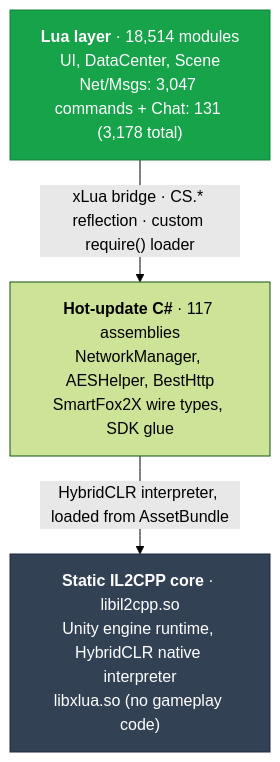
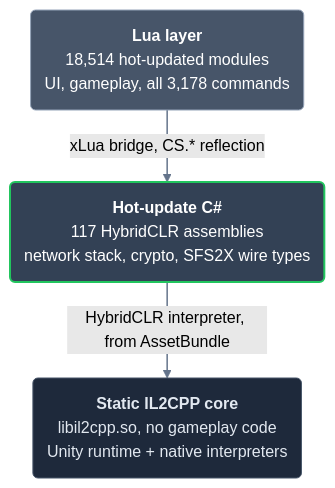
Before and after one commit to ljagiello/lastwar-client: the diagram in docs/index.mdx, drawn with Mermaid (forest theme).

Commit message:
docs: redesign the layer diagram so it reads cleanly
The first Mermaid version rendered badly in Mintlify's dark theme: text wrapped
mid-phrase, the loud green Lua box clashed, and the middle C# box was unstyled.
Rework it into a cohesive slate palette (lighter at the top, darker toward the
native base), rounded cards, a green accent on the C# layer a Go client actually
reimplements (crypto + wire), concise non-wrapping labels, and a wider
wrappingWidth so nothing breaks awkwardly.

Claude-Session: https://claude.ai/code/session_01FsoE5nQ8qwCgyz7jKvoEAH

````diff
--- a/docs/index.mdx
+++ b/docs/index.mdx
@@ -49,14 +49,18 @@
 ```mermaid
+%%{init: {'flowchart': {'wrappingWidth': 440, 'nodeSpacing': 55, 'rankSpacing': 48, 'padding': 14}}}%%
 flowchart TB
-    lua["<b>Lua layer</b> · 18,514 modules<br/>UI, DataCenter, Scene<br/>Net/Msgs: 3,047 commands + Chat: 131 (3,178 total)"]
-    cs["<b>Hot-update C#</b> · 117 assemblies<br/>NetworkManager, AESHelper, BestHttp<br/>SmartFox2X wire types, SDK glue"]
-    core["<b>Static IL2CPP core</b> · libil2cpp.so<br/>Unity engine runtime, HybridCLR native interpreter<br/>libxlua.so (no gameplay code)"]
+    lua("<b>Lua layer</b><br/>18,514 hot-updated modules<br/>UI, gameplay, all 3,178 commands")
+    cs("<b>Hot-update C#</b><br/>117 HybridCLR assemblies<br/>network stack, crypto, SFS2X wire types")
+    core("<b>Static IL2CPP core</b><br/>libil2cpp.so, no gameplay code<br/>Unity runtime + native interpreters")
 
-    lua -->|"xLua bridge · CS.* reflection · custom require() loader"| cs
-    cs -->|"HybridCLR interpreter, loaded from AssetBundle"| core
+    lua -- "xLua bridge, CS.* reflection" --> cs
+    cs -- "HybridCLR interpreter, from AssetBundle" --> core
 
-    classDef gameplay fill:#16A34A,stroke:#15803D,color:#ffffff;
-    classDef native fill:#334155,stroke:#1e293b,color:#ffffff;
-    class lua gameplay;
-    class core native;
+    classDef top fill:#475569,stroke:#94a3b8,stroke-width:1px,color:#ffffff;
+    classDef key fill:#334155,stroke:#22c55e,stroke-width:2px,color:#ffffff;
+    classDef base fill:#1e293b,stroke:#475569,stroke-width:1px,color:#e2e8f0;
+    class lua top;
+    class cs key;
+    class core base;
+    linkStyle default stroke:#64748b,stroke-width:1.5px;
 ```
````
